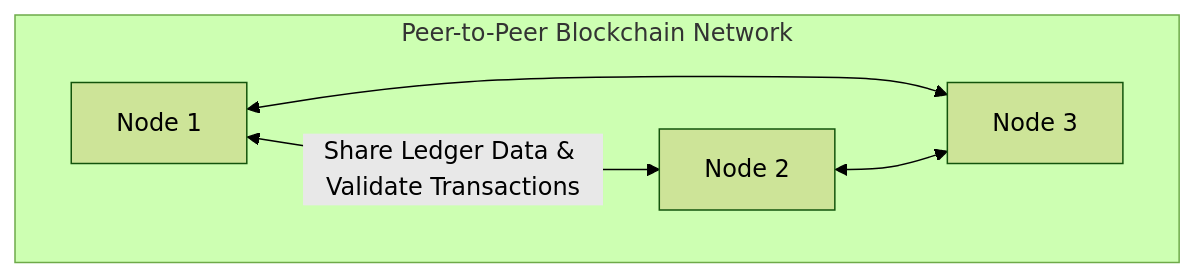
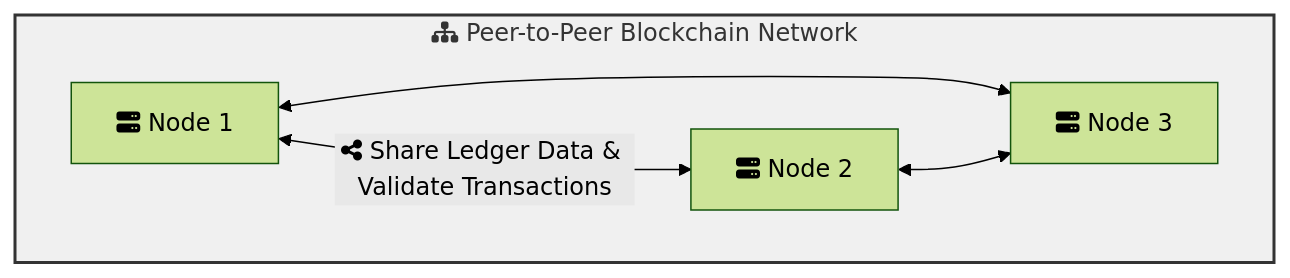
One commit to kelvin-bz/blog changed the fifth of 22 diagrams in _posts/2024-07-06-blockchain-for-dummies.md. Above: the diagram before and after it, drawn with Mermaid (forest theme). The commit also changed other lines of this file, not shown here.

````diff
--- a/_posts/2024-07-06-blockchain-for-dummies.md
+++ b/_posts/2024-07-06-blockchain-for-dummies.md
@@ -155,11 +160,14 @@
 ```mermaid
 graph TD
-    subgraph P2PBlockchainNetwork["Peer-to-Peer Blockchain Network"]
-        A[Node 1]
-        B[Node 2]
-        C[Node 3]
-        A <--"Share Ledger Data & Validate Transactions"--> B
+    classDef network fill:#f0f0f0,stroke:#333,stroke-width:2px;
+
+    subgraph P2PBlockchainNetwork["fa:fa-sitemap Peer-to-Peer Blockchain Network"]
+        style P2PBlockchainNetwork fill:#f0f0f0,stroke:#333,stroke-width:2px
+        A["fa:fa-server Node 1"]
+        B["fa:fa-server Node 2"]
+        C["fa:fa-server Node 3"]
+        A <--"fa:fa-share-alt Share Ledger Data & Validate Transactions"--> B
         A <--> C
         B <--> C
     end
 ```
````
